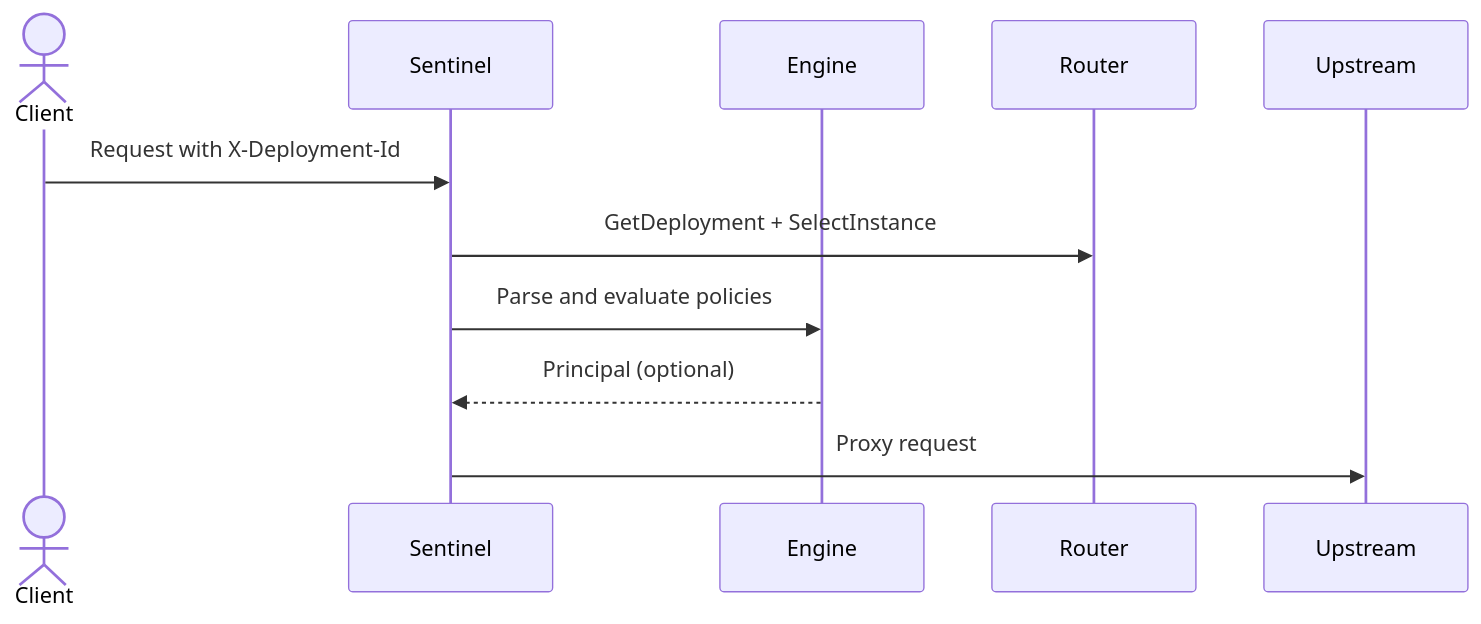
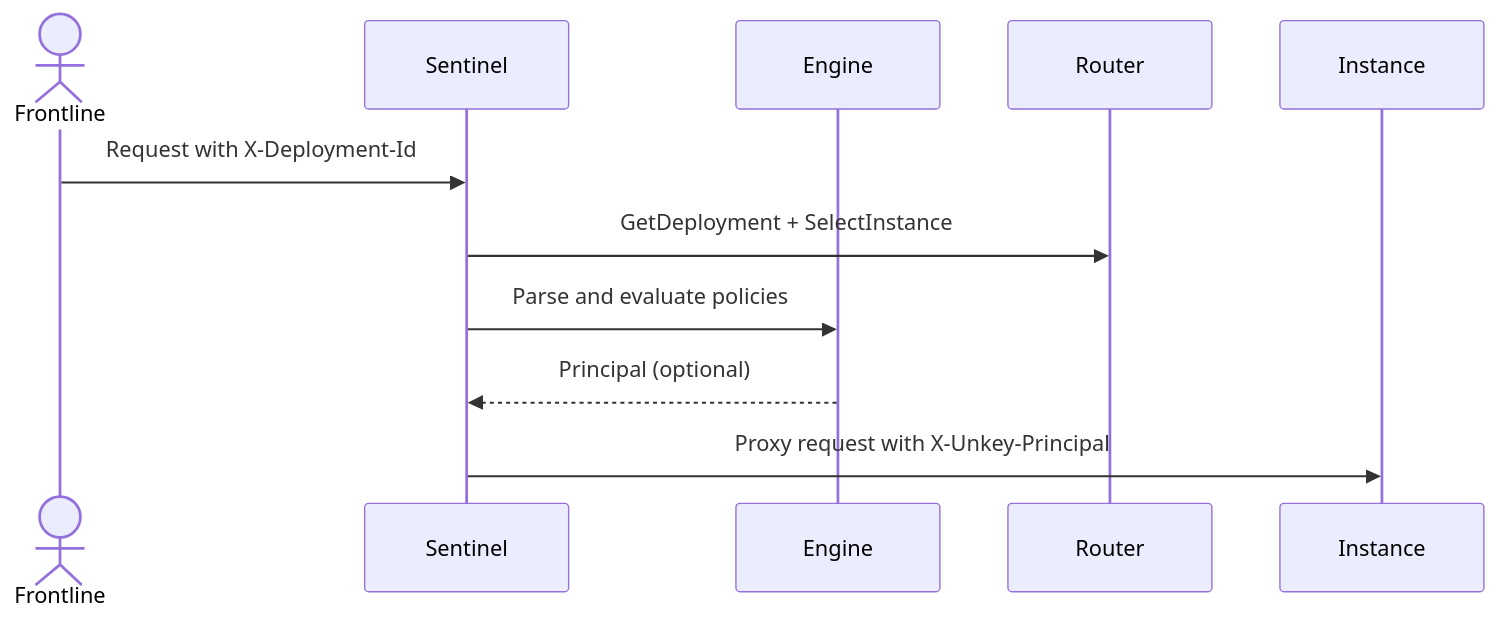
One commit to unkeyed/unkey changed the diagram in docs/engineering/architecture/services/sentinel/policies/index.mdx. Above: the diagram before and after it, drawn with Mermaid. The commit also changed other lines of this file and 19 other files, not shown here.

````diff
--- a/docs/engineering/architecture/services/sentinel/policies/index.mdx
+++ b/docs/engineering/architecture/services/sentinel/policies/index.mdx
@@ -10,14 +10,14 @@
 ```mermaid
 sequenceDiagram
-  actor Client
+  actor Frontline
   participant Sentinel
   participant Engine
   participant Router
-  participant Upstream
+  participant Instance
 
-  Client->>Sentinel: Request with X-Deployment-Id
+  Frontline->>Sentinel: Request with X-Deployment-Id
   Sentinel->>Router: GetDeployment + SelectInstance
   Sentinel->>Engine: Parse and evaluate policies
   Engine-->>Sentinel: Principal (optional)
-  Sentinel->>Upstream: Proxy request
+  Sentinel->>Instance: Proxy request with X-Unkey-Principal
 ```
````
